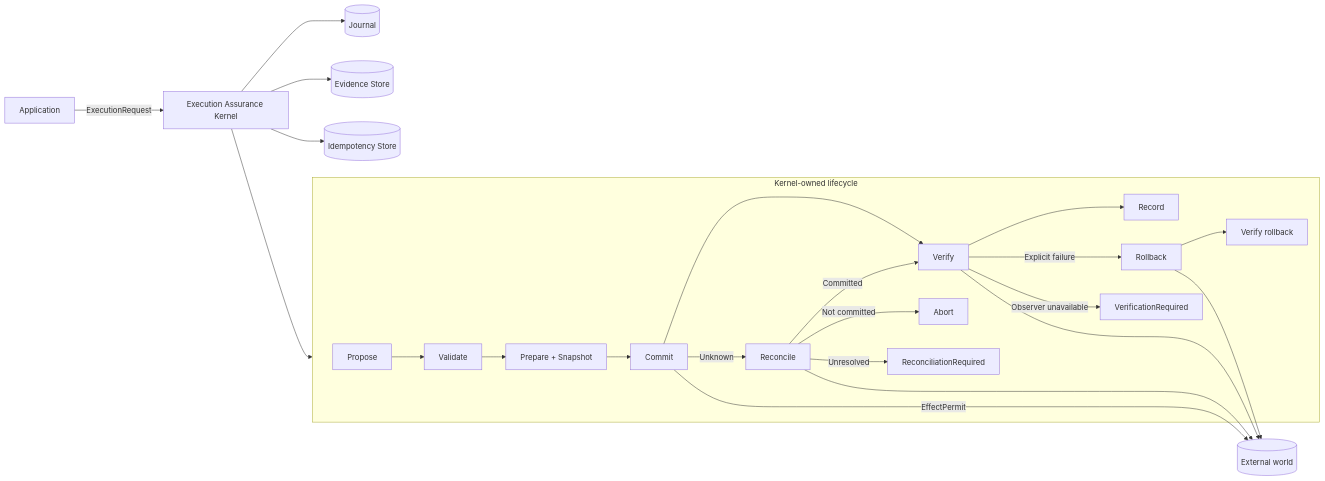
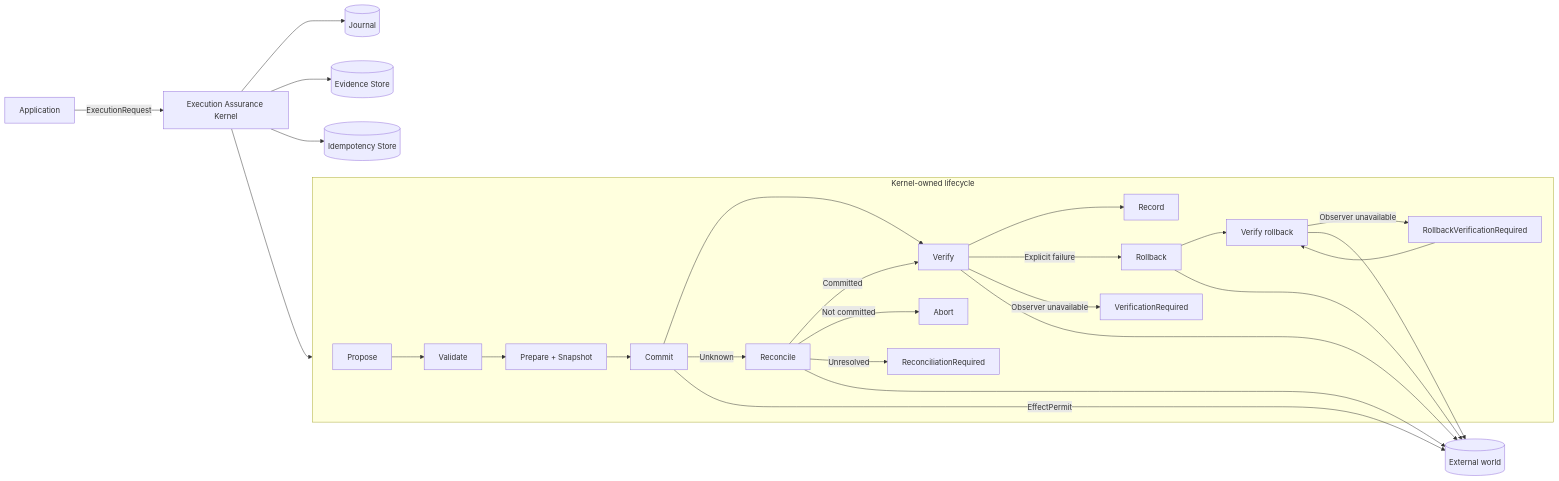
The first of 2 diagrams in README.md (SaridakisStamatisChristos/Execution-Assurance-Microkernel), drawn with Mermaid before and after one commit. The commit also changed other lines of this file and 9 other files, not shown here.

First line of the commit message:
Model rollback-verification uncertainty without repeating compensation

````diff
--- a/README.md
+++ b/README.md
@@ -69,28 +74,31 @@
 ```mermaid
 flowchart LR
     APP[Application] -->|ExecutionRequest| K[Execution Assurance Kernel]
 
     subgraph KERNEL[Kernel-owned lifecycle]
         P[Propose] --> V[Validate]
         V --> PR[Prepare + Snapshot]
         PR --> C[Commit]
         C --> VE[Verify]
         VE --> R[Record]
         C -->|Unknown| RE[Reconcile]
         RE -->|Committed| VE
         RE -->|Not committed| A[Abort]
         RE -->|Unresolved| U[ReconciliationRequired]
         VE -->|Explicit failure| RB[Rollback]
         VE -->|Observer unavailable| VR[VerificationRequired]
         RB --> RV[Verify rollback]
+        RV -->|Observer unavailable| RVR[RollbackVerificationRequired]
+        RVR --> RV
     end
 
     K --> KERNEL
     K --> J[(Journal)]
     K --> E[(Evidence Store)]
     K --> I[(Idempotency Store)]
     C -->|EffectPermit| EXT[(External world)]
     RE --> EXT
     VE --> EXT
     RB --> EXT
+    RV --> EXT
 ```
````
